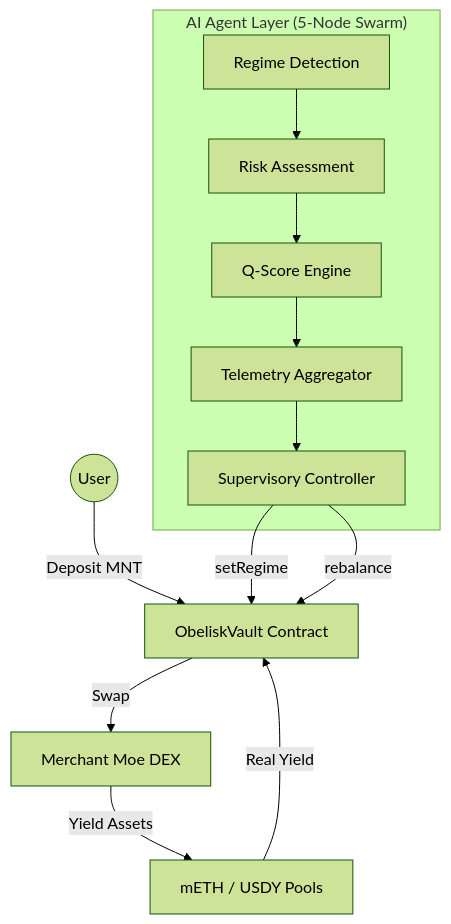
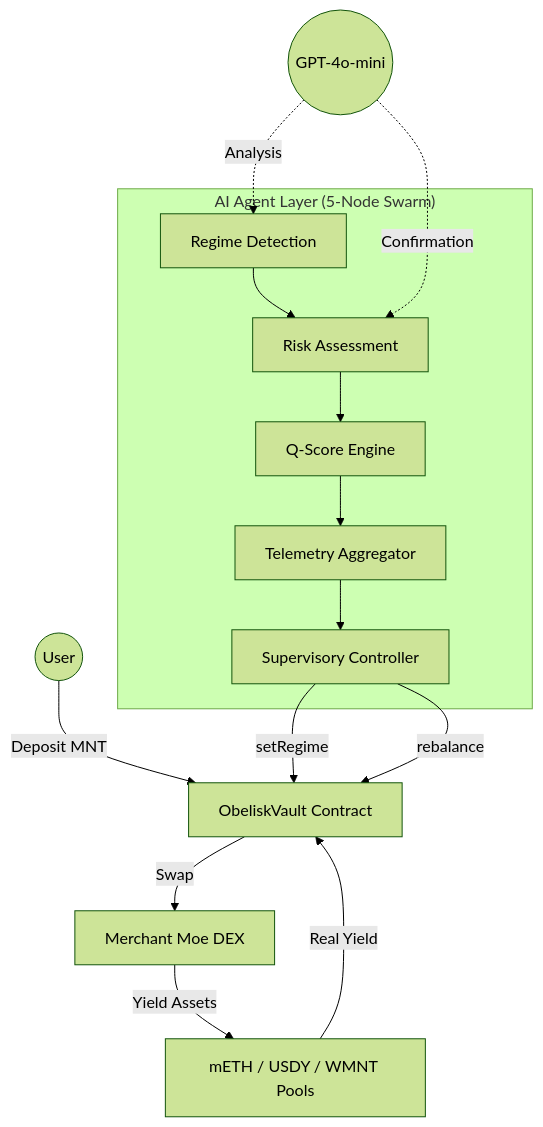
One commit to samixrd/Obelisk-Q changed the diagram in README.md. Above: the diagram before and after it, drawn with Mermaid (forest theme). The commit also changed other lines of this file and 5 other files, not shown here.

````diff
--- a/README.md
+++ b/README.md
@@ -37,19 +38,22 @@
 ```mermaid
 graph TD
     User((User)) -->|Deposit MNT| Vault[ObeliskVault Contract]
     
     subgraph "AI Agent Layer (5-Node Swarm)"
         Regime[Regime Detection] --> Risk[Risk Assessment]
         Risk --> QScore[Q-Score Engine]
         QScore --> Telemetry[Telemetry Aggregator]
         Telemetry --> Supervisor[Supervisory Controller]
     end
+
+    LLM((GPT-4o-mini)) -.->|Analysis| Regime
+    LLM -.->|Confirmation| Risk
     
     Supervisor -->|setRegime| Vault
     Supervisor -->|rebalance| Vault
     
     Vault -->|Swap| DEX[Merchant Moe DEX]
-    DEX -->|Yield Assets| YieldPools[mETH / USDY Pools]
+    DEX -->|Yield Assets| YieldPools[mETH / USDY / WMNT Pools]
     
     YieldPools -->|Real Yield| Vault
 ```
````
